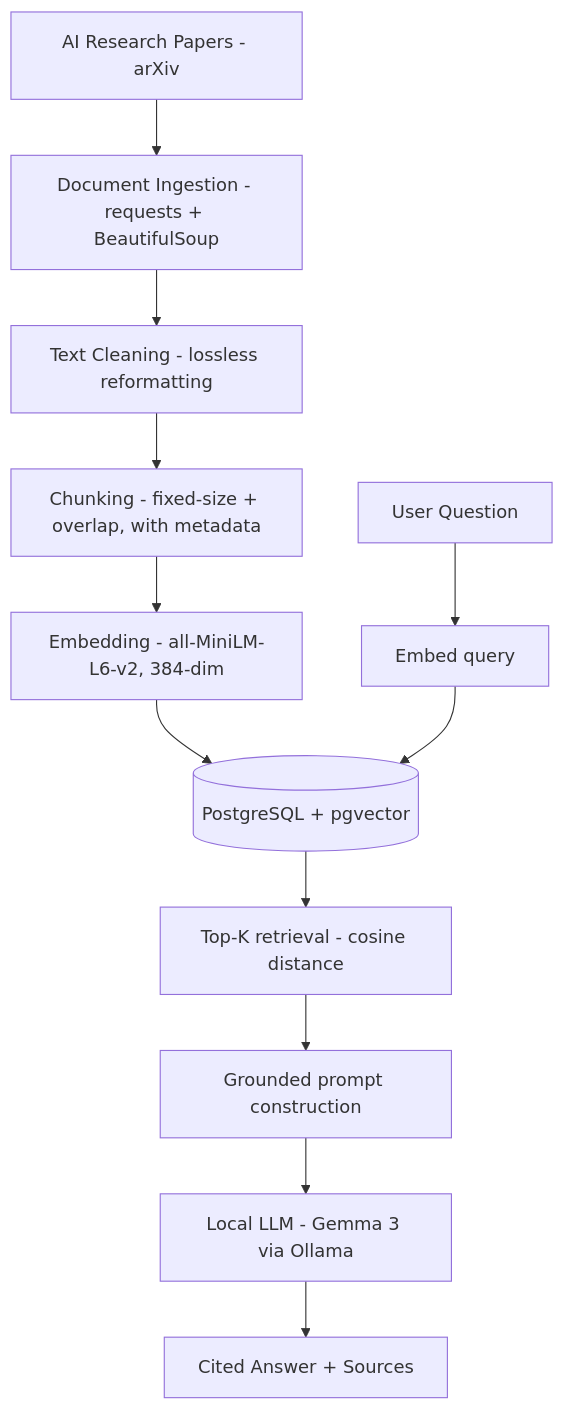
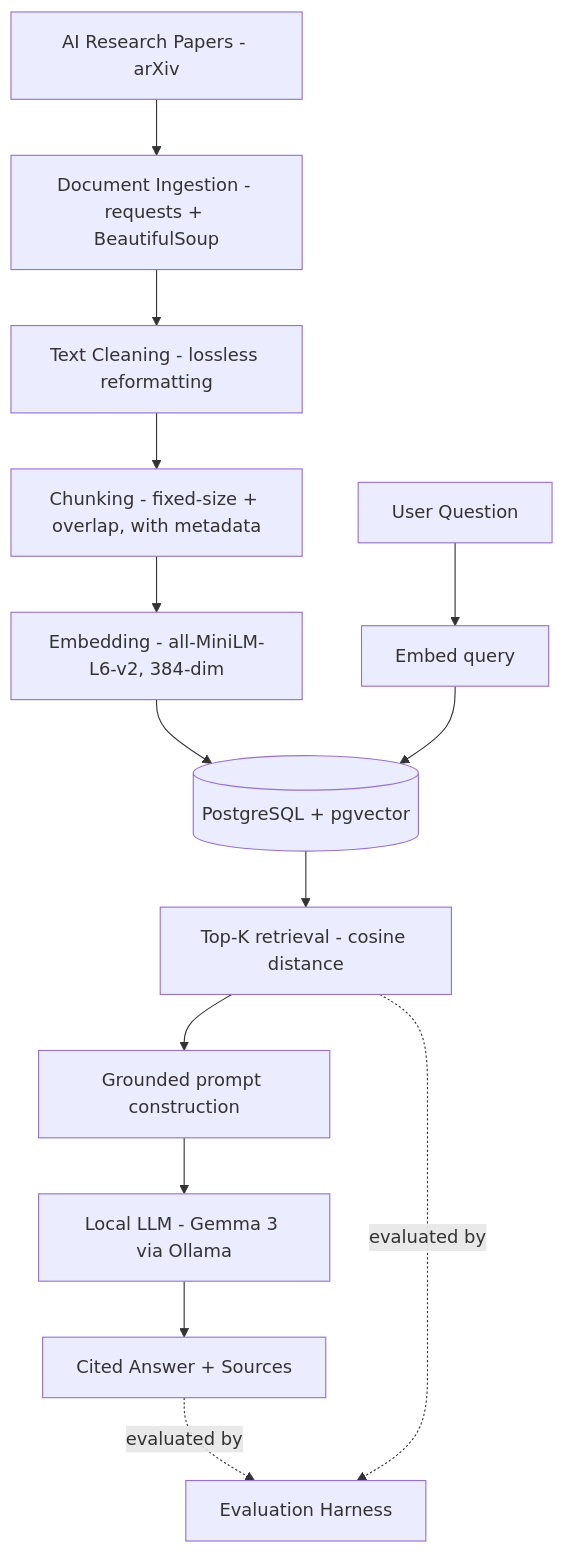
One commit to HarshaKoushikTeja/rag-research-assistant changed the diagram in README.md. Above: the diagram before and after it, drawn with Mermaid. The commit also changed other lines of this file, not shown here.

Commit message:
docs: document Phase 2 evaluation (metrics, confusion matrix, methodology)

````diff
--- a/README.md
+++ b/README.md
@@ -43,14 +42,16 @@
 ```mermaid
 flowchart TD
     A[AI Research Papers - arXiv] --> B[Document Ingestion - requests + BeautifulSoup]
     B --> C[Text Cleaning - lossless reformatting]
     C --> D[Chunking - fixed-size + overlap, with metadata]
     D --> E[Embedding - all-MiniLM-L6-v2, 384-dim]
     E --> F[(PostgreSQL + pgvector)]
     G[User Question] --> H[Embed query]
     H --> F
     F --> I[Top-K retrieval - cosine distance]
     I --> J[Grounded prompt construction]
     J --> K[Local LLM - Gemma 3 via Ollama]
     K --> L[Cited Answer + Sources]
+    L -.evaluated by.-> M[Evaluation Harness]
+    I -.evaluated by.-> M
 ```
````
